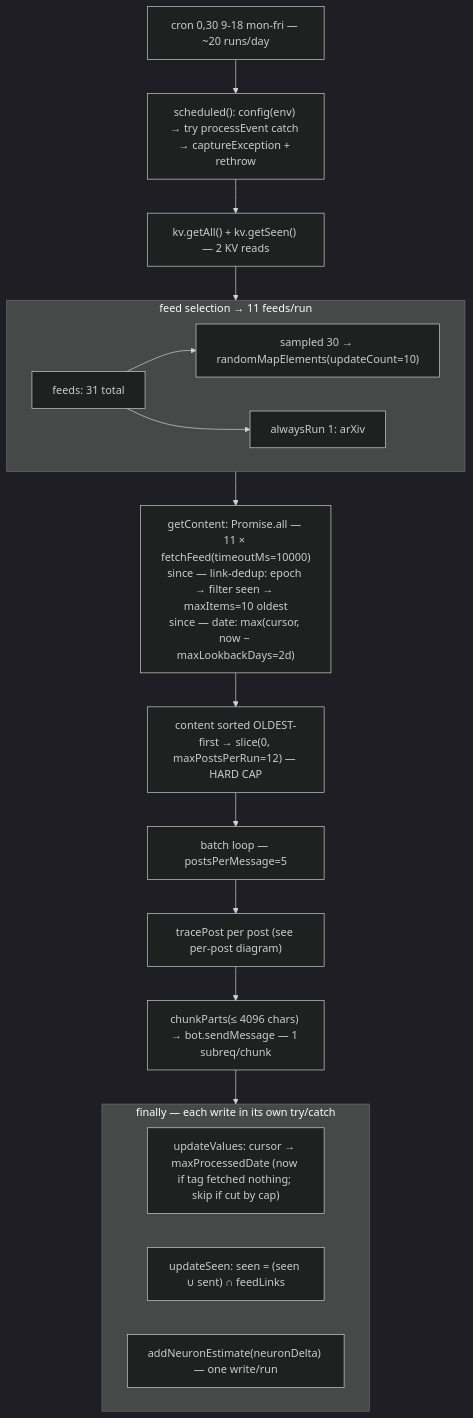
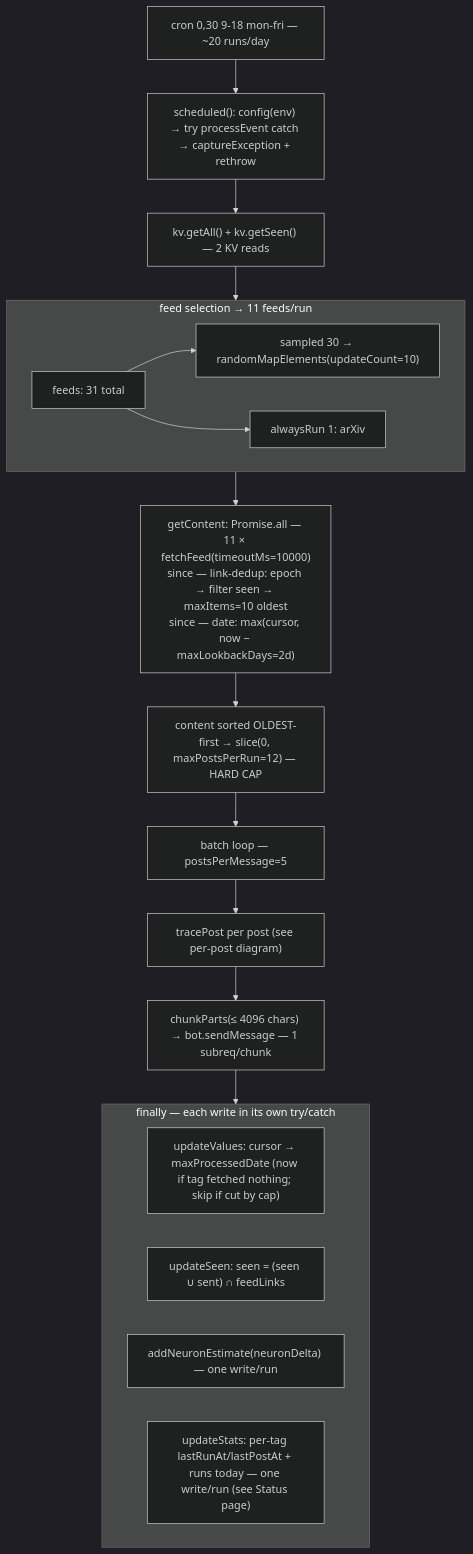
The first of 2 diagrams in CLAUDE.md (melkikh/rssdoge), drawn with Mermaid (dark theme) before and after one commit. The commit also changed other lines of this file and 5 other files, not shown here.

````diff
--- a/CLAUDE.md
+++ b/CLAUDE.md
@@ -53,24 +53,25 @@
 ```mermaid
 flowchart TD
     cron["cron 0,30 9-18 mon-fri — ~20 runs/day"] --> sched["scheduled(): config(env) → try processEvent catch → captureException + rethrow"]
     sched --> read["kv.getAll() + kv.getSeen() — 2 KV reads"]
     read --> sel
 
     subgraph sel["feed selection → 11 feeds/run"]
       all["feeds: 31 total"] --> samp["sampled 30 → randomMapElements(updateCount=10)"]
       all --> aw["alwaysRun 1: arXiv"]
     end
 
     sel --> fetch["getContent: Promise.all — 11 × fetchFeed(timeoutMs=10000)<br/>since — link-dedup: epoch → filter seen → maxItems=10 oldest<br/>since — date: max(cursor, now − maxLookbackDays=2d)"]
     fetch --> cap["content sorted OLDEST-first → slice(0, maxPostsPerRun=12) — HARD CAP"]
     cap --> batch["batch loop — postsPerMessage=5"]
     batch --> perpost["tracePost per post (see per-post diagram)"]
     perpost --> send["chunkParts(≤ 4096 chars) → bot.sendMessage — 1 subreq/chunk"]
     send --> fin
 
     subgraph fin["finally — each write in its own try/catch"]
       uv["updateValues: cursor → maxProcessedDate (now if tag fetched nothing; skip if cut by cap)"]
       us["updateSeen: seen = (seen ∪ sent) ∩ feedLinks"]
       ne["addNeuronEstimate(neuronDelta) — one write/run"]
+      st["updateStats: per-tag lastRunAt/lastPostAt + runs today — one write/run (see Status page)"]
     end
 ```
````
